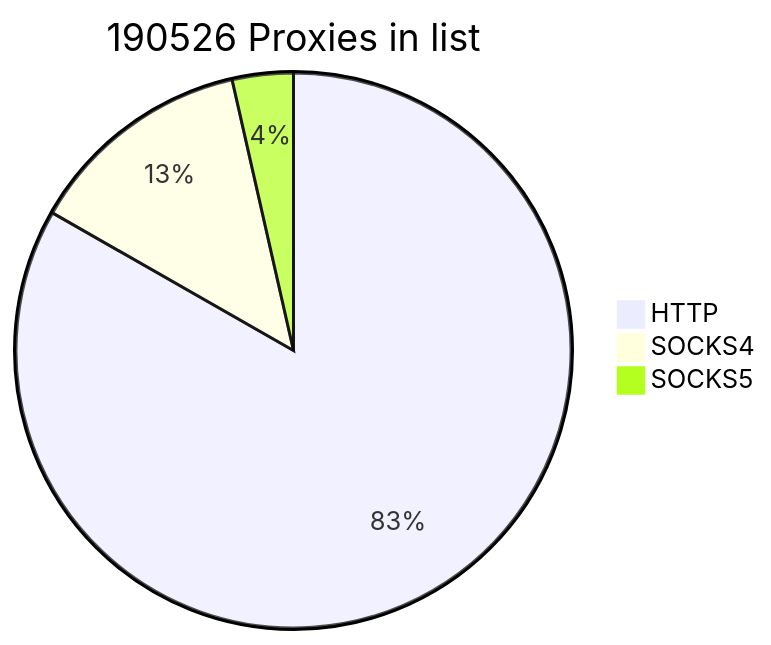
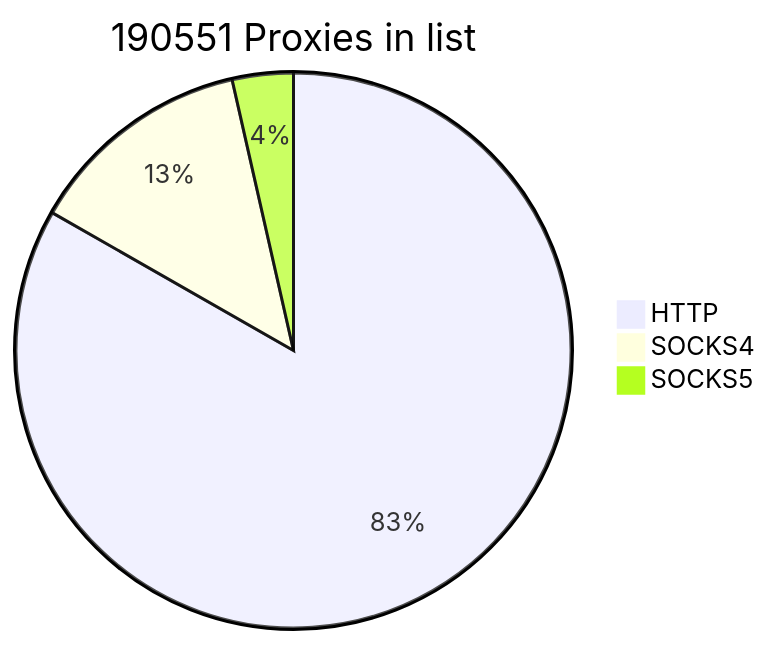
One commit to cutipu/proxylist changed the first of 2 diagrams in README.md. Above: the diagram before and after it, drawn with Mermaid. The commit also changed other lines of this file, not shown here.

````diff
--- a/README.md
+++ b/README.md
@@ -2,7 +2,7 @@
 ```mermaid
-pie title 190526 Proxies in list
-    "HTTP" : 158629
+pie title 190551 Proxies in list
+    "HTTP" : 158654
     "SOCKS4" : 25135
     "SOCKS5" : 6762
             
 ```
````
